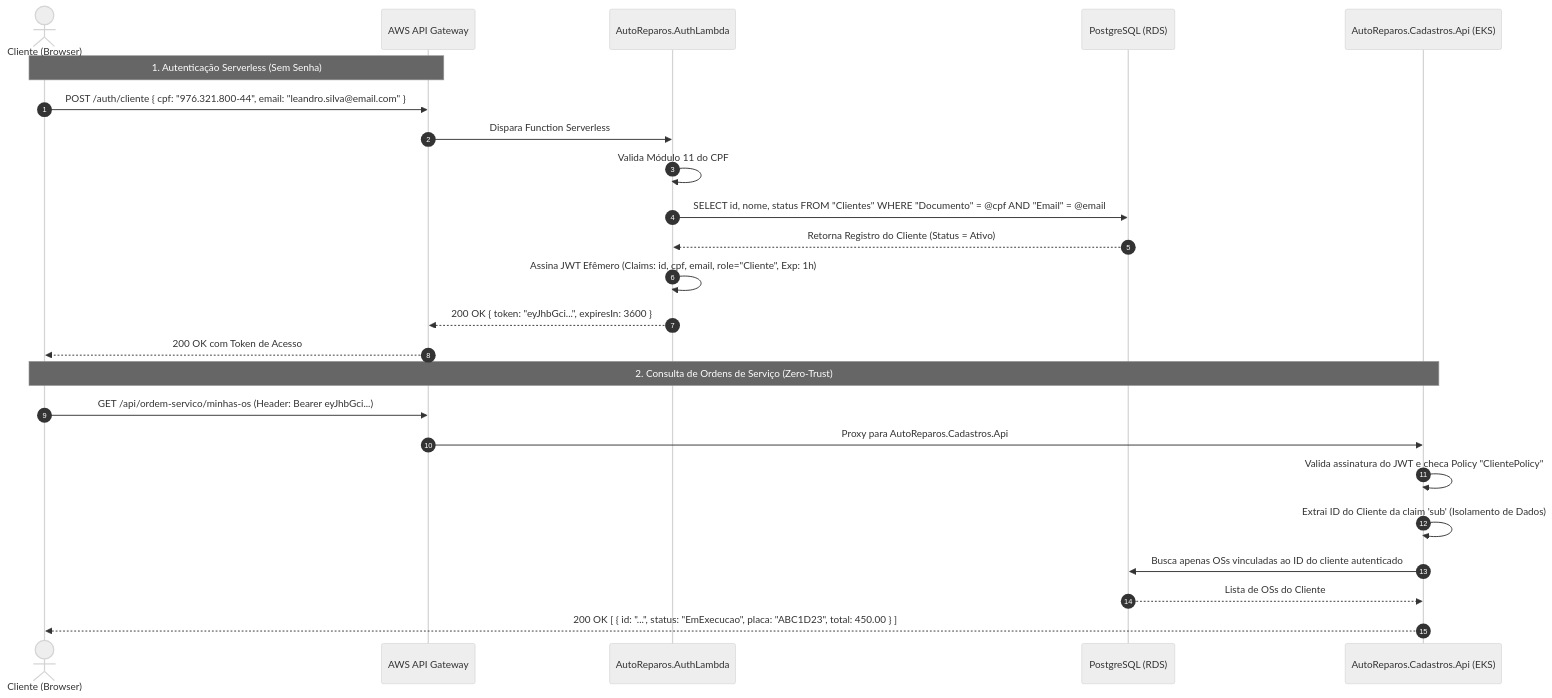
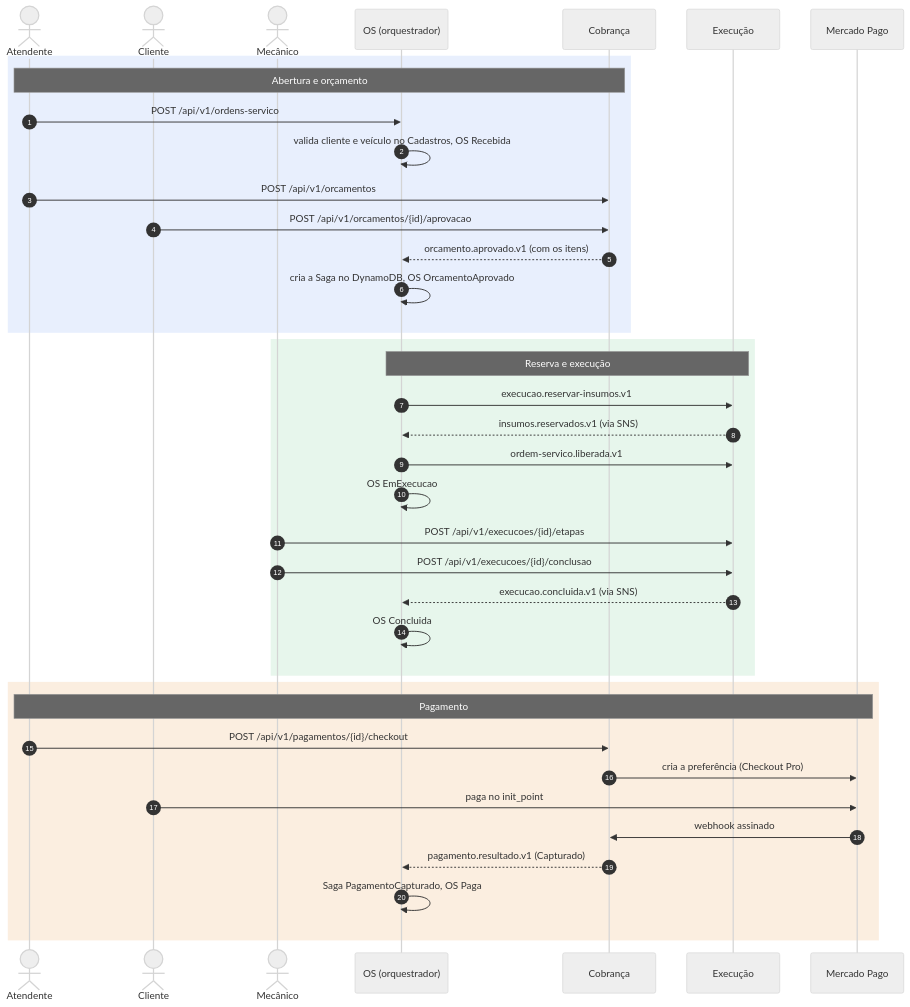
One commit to Grupo78-PosTech-15SOAT/AutoReparos changed the tenth of 15 diagrams in README.md. Above: the diagram before and after it, drawn with Mermaid (neutral theme). The commit also changed other lines of this file and 5 other files, not shown here.

````diff
--- a/README.md
+++ b/README.md
@@ -270,28 +644,43 @@
 ```mermaid
 sequenceDiagram
     autonumber
-    actor Cliente as Cliente (Browser)
-    participant APIGW as AWS API Gateway
-    participant Lambda as AutoReparos.AuthLambda
-    participant RDS as PostgreSQL (RDS)
-    participant API as AutoReparos.Cadastros.Api (EKS)
+    actor Atd as Atendente
+    actor Cli as Cliente
+    actor Mec as Mecânico
+    participant OS as OS (orquestrador)
+    participant Cob as Cobrança
+    participant Exe as Execução
+    participant MP as Mercado Pago
 
-    Note over Cliente,APIGW: 1. Autenticação Serverless (Sem Senha)
-    Cliente->>APIGW: POST /auth/cliente { cpf: "976.321.800-44", email: "leandro.silva@email.com" }
-    APIGW->>Lambda: Dispara Function Serverless
-    Lambda->>Lambda: Valida Módulo 11 do CPF
-    Lambda->>RDS: SELECT id, nome, status FROM "Clientes" WHERE "Documento" = @cpf AND "Email" = @email
-    RDS-->>Lambda: Retorna Registro do Cliente (Status = Ativo)
-    Lambda->>Lambda: Assina JWT Efêmero (Claims: id, cpf, email, role="Cliente", Exp: 1h)
-    Lambda-->>APIGW: 200 OK { token: "eyJhbGci...", expiresIn: 3600 }
-    APIGW-->>Cliente: 200 OK com Token de Acesso
+    rect rgba(37, 99, 235, 0.10)
+    Note over Atd,Cob: Abertura e orçamento
+    Atd->>OS: POST /api/v1/ordens-servico
+    OS->>OS: valida cliente e veículo no Cadastros, OS Recebida
+    Atd->>Cob: POST /api/v1/orcamentos
+    Cli->>Cob: POST /api/v1/orcamentos/{id}/aprovacao
+    Cob-->>OS: orcamento.aprovado.v1 (com os itens)
+    OS->>OS: cria a Saga no DynamoDB, OS OrcamentoAprovado
+    end
 
-    Note over Cliente,API: 2. Consulta de Ordens de Serviço (Zero-Trust)
-    Cliente->>APIGW: GET /api/ordem-servico/minhas-os (Header: Bearer eyJhbGci...)
-    APIGW->>API: Proxy para AutoReparos.Cadastros.Api
-    API->>API: Valida assinatura do JWT e checa Policy "ClientePolicy"
-    API->>API: Extrai ID do Cliente da claim 'sub' (Isolamento de Dados)
-    API->>RDS: Busca apenas OSs vinculadas ao ID do cliente autenticado
-    RDS-->>API: Lista de OSs do Cliente
-    API-->>Cliente: 200 OK [ { id: "...", status: "EmExecucao", placa: "ABC1D23", total: 450.00 } ]
+    rect rgba(22, 163, 74, 0.10)
+    Note over OS,Exe: Reserva e execução
+    OS->>Exe: execucao.reservar-insumos.v1
+    Exe-->>OS: insumos.reservados.v1 (via SNS)
+    OS->>Exe: ordem-servico.liberada.v1
+    OS->>OS: OS EmExecucao
+    Mec->>Exe: POST /api/v1/execucoes/{id}/etapas
+    Mec->>Exe: POST /api/v1/execucoes/{id}/conclusao
+    Exe-->>OS: execucao.concluida.v1 (via SNS)
+    OS->>OS: OS Concluida
+    end
+
+    rect rgba(217, 119, 6, 0.12)
+    Note over Atd,MP: Pagamento
+    Atd->>Cob: POST /api/v1/pagamentos/{id}/checkout
+    Cob->>MP: cria a preferência (Checkout Pro)
+    Cli->>MP: paga no init_point
+    MP->>Cob: webhook assinado
+    Cob-->>OS: pagamento.resultado.v1 (Capturado)
+    OS->>OS: Saga PagamentoCapturado, OS Paga
+    end
 ```
````
